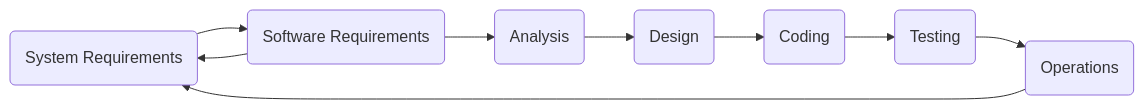
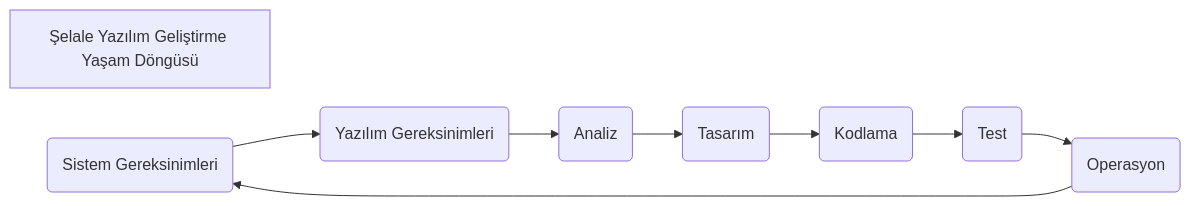
One commit to ati-ozgur/kurs-programlama-temeller changed the diagram in diagramlar/waterfall.mmd. Above: the diagram before and after it, drawn with Mermaid.

Commit message:
title v0

````diff
--- a/diagramlar/waterfall.mmd
+++ b/diagramlar/waterfall.mmd
@@ -1,12 +1,13 @@
 ```{mermaid}
 flowchart LR
-    S(System Requirements) 
-    S --> R(Software Requirements)
-    R --> S
-    R --> A(Analysis)
-    A --> D(Design)
-    D --> C(Coding)
-    C --> T(Testing)
-    T --> O(Operations)
+    title[Şelale Yazılım Geliştirme Yaşam Döngüsü]
+    
+    S(Sistem Gereksinimleri) 
+    S --> Y(Yazılım Gereksinimleri)
+    Y --> A(Analiz)
+    A --> D(Tasarım)
+    D --> C(Kodlama)
+    C --> T(Test)
+    T --> O(Operasyon)
     O --> S
  ```
````
